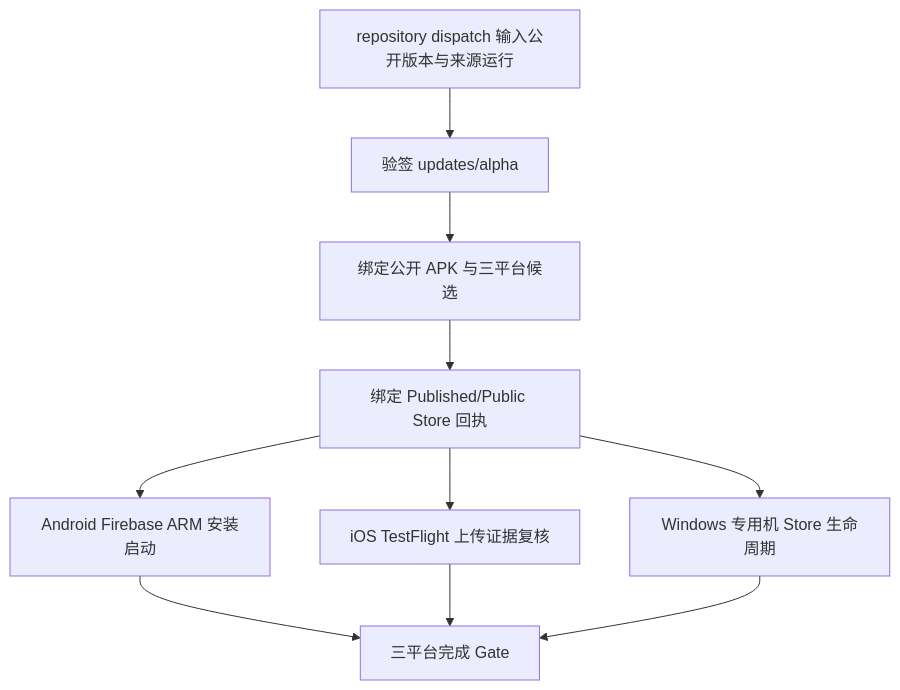
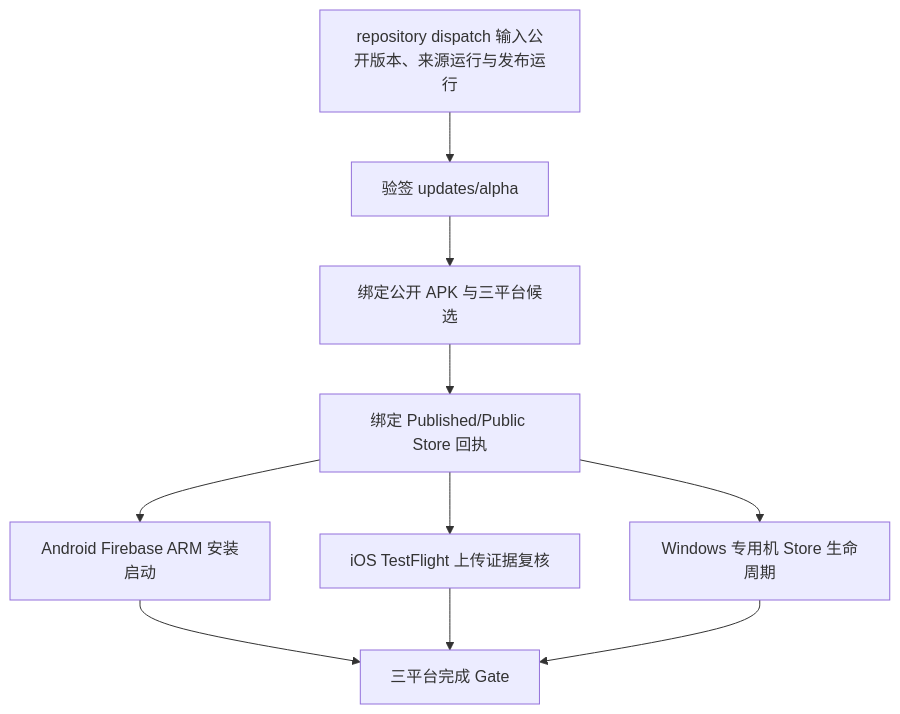
The diagram in spec/spec-process-cicd-platform-distribution-validation.md (zhangheng2022/meet_trace), drawn with Mermaid before and after one commit. The commit also changed other lines of this file and 7 other files, not shown here.

````diff
--- a/spec/spec-process-cicd-platform-distribution-validation.md
+++ b/spec/spec-process-cicd-platform-distribution-validation.md
@@ -22,12 +22,12 @@
 ```mermaid
 flowchart TD
-  A[repository dispatch 输入公开版本与来源运行] --> B[验签 updates/alpha]
+  A[repository dispatch 输入公开版本、来源运行与发布运行] --> B[验签 updates/alpha]
   B --> C[绑定公开 APK 与三平台候选]
   C --> D[绑定 Published/Public Store 回执]
   D --> E[Android Firebase ARM 安装启动]
   D --> F[iOS TestFlight 上传证据复核]
   D --> G[Windows 专用机 Store 生命周期]
   E --> H[三平台完成 Gate]
   F --> H
   G --> H
 ```
````
